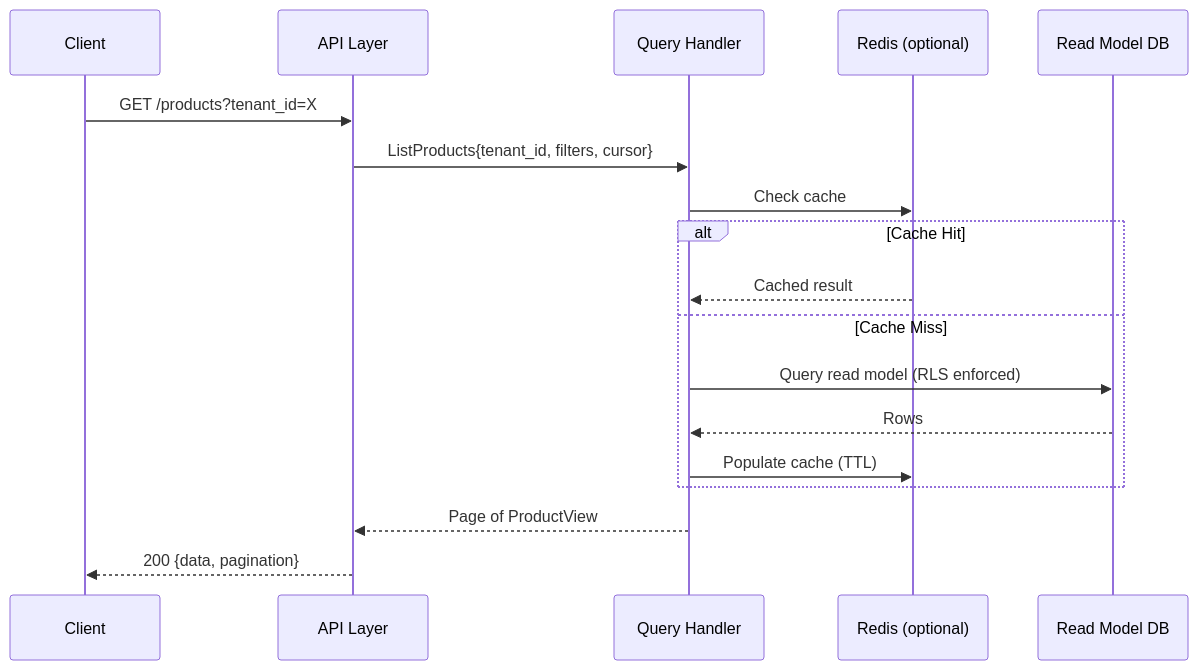
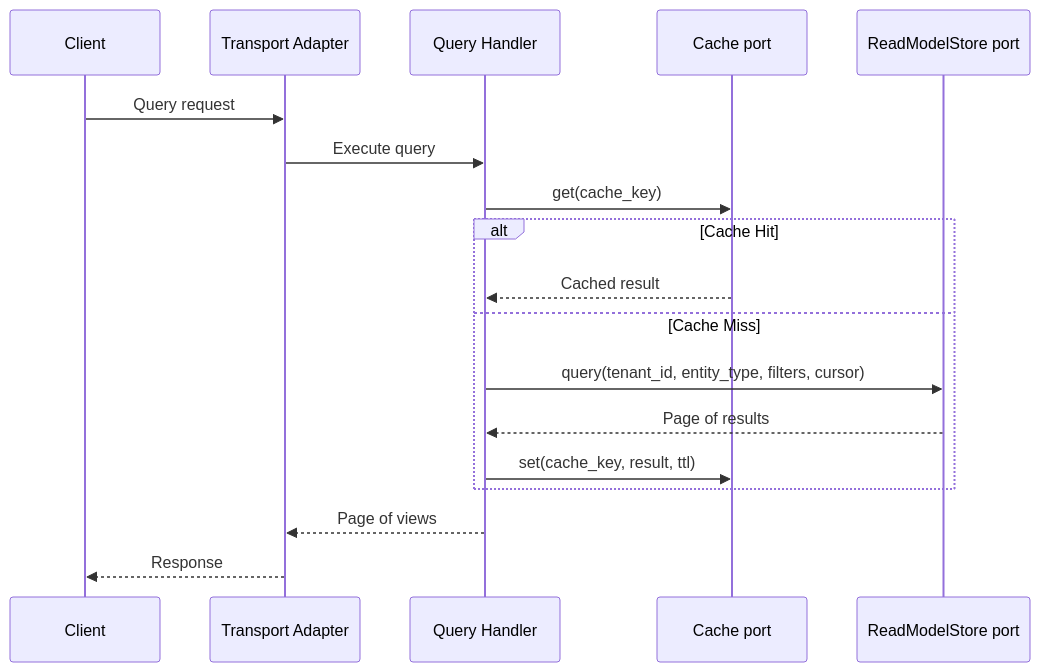
Before and after one commit to hlop3z/claude-ai-dangerous: the fifth of 17 diagrams in .claude/.notes/Event-Driven-System.md, drawn with Mermaid. The commit also changed other lines of this file, not shown here.

````diff
--- a/.claude/.notes/Event-Driven-System.md
+++ b/.claude/.notes/Event-Driven-System.md
@@ -270,23 +957,23 @@
 ```mermaid
 sequenceDiagram
     participant Client
-    participant API as API Layer
+    participant API as Transport Adapter
     participant QH as Query Handler
-    participant Cache as Redis (optional)
-    participant RM as Read Model DB
+    participant Cache as Cache port
+    participant RM as ReadModelStore port
 
-    Client->>API: GET /products?tenant_id=X
-    API->>QH: ListProducts{tenant_id, filters, cursor}
+    Client->>API: Query request
+    API->>QH: Execute query
 
-    QH->>Cache: Check cache
+    QH->>Cache: get(cache_key)
     alt Cache Hit
         Cache-->>QH: Cached result
     else Cache Miss
-        QH->>RM: Query read model (RLS enforced)
-        RM-->>QH: Rows
-        QH->>Cache: Populate cache (TTL)
+        QH->>RM: query(tenant_id, entity_type, filters, cursor)
+        RM-->>QH: Page of results
+        QH->>Cache: set(cache_key, result, ttl)
     end
 
-    QH-->>API: Page of ProductView
-    API-->>Client: 200 {data, pagination}
+    QH-->>API: Page of views
+    API-->>Client: Response
 ```
````
